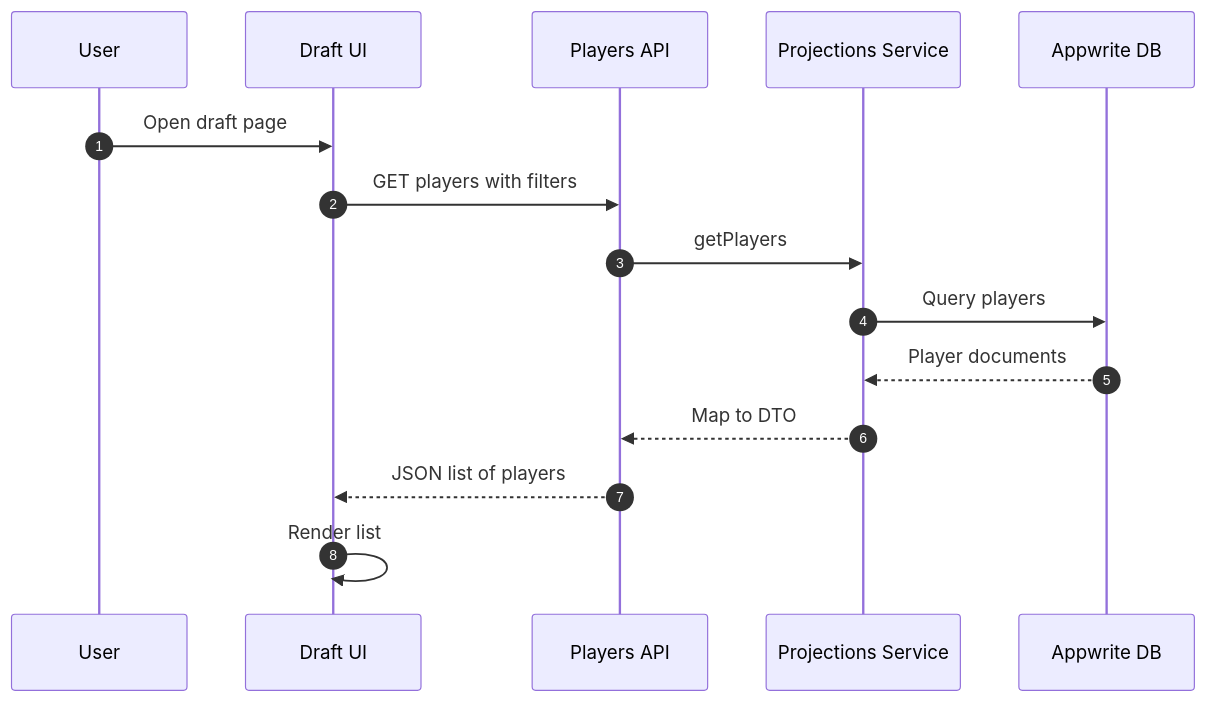
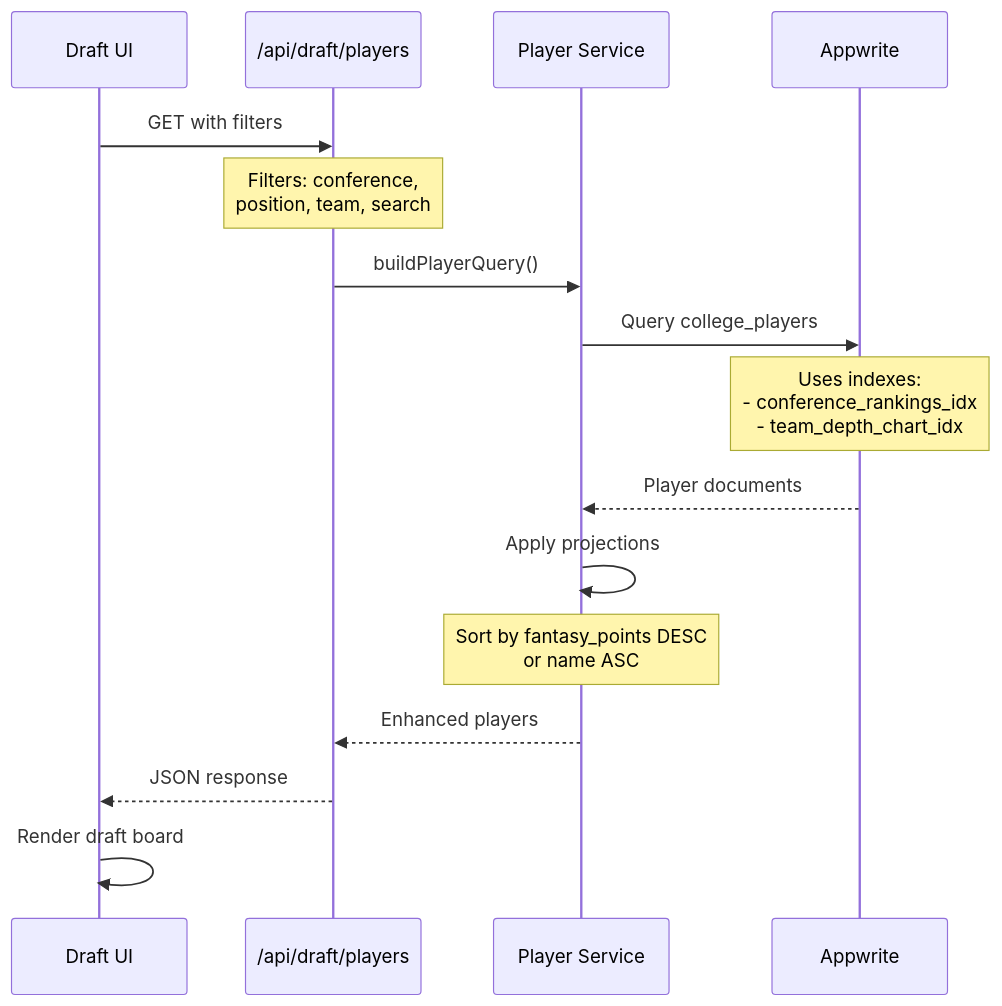
The eighth of 9 diagrams in public/docs/draft/PROJECTIONS_DIAGRAMS.md (kpm34/college-football-fantasy-app), drawn with Mermaid before and after one commit. The commit also changed other lines of this file and 11 other files, not shown here.

First line of the commit message:
feat: Update projection system with enhanced logic and comprehensive diagrams

````diff
--- a/public/docs/draft/PROJECTIONS_DIAGRAMS.md
+++ b/public/docs/draft/PROJECTIONS_DIAGRAMS.md
@@ -55,18 +236,25 @@
 ```mermaid
 sequenceDiagram
-  autonumber
-  participant U as User
-  participant UI as Draft UI
-  participant API as Players API
-  participant SVC as Projections Service
-  participant DB as Appwrite DB
-
-  U->>UI: Open draft page
-  UI->>API: GET players with filters
-  API->>SVC: getPlayers
-  SVC->>DB: Query players
-  DB-->>SVC: Player documents
-  SVC-->>API: Map to DTO
-  API-->>UI: JSON list of players
-  UI->>UI: Render list
+    participant UI as Draft UI
+    participant API as /api/draft/players
+    participant SVC as Player Service
+    participant DB as Appwrite
+    
+    UI->>API: GET with filters
+    Note over API: Filters: conference,<br/>position, team, search
+    
+    API->>SVC: buildPlayerQuery()
+    
+    SVC->>DB: Query college_players
+    Note over DB: Uses indexes:<br/>- conference_rankings_idx<br/>- team_depth_chart_idx
+    
+    DB-->>SVC: Player documents
+    
+    SVC->>SVC: Apply projections
+    Note over SVC: Sort by fantasy_points DESC<br/>or name ASC
+    
+    SVC-->>API: Enhanced players
+    API-->>UI: JSON response
+    
+    UI->>UI: Render draft board
 ```
````
